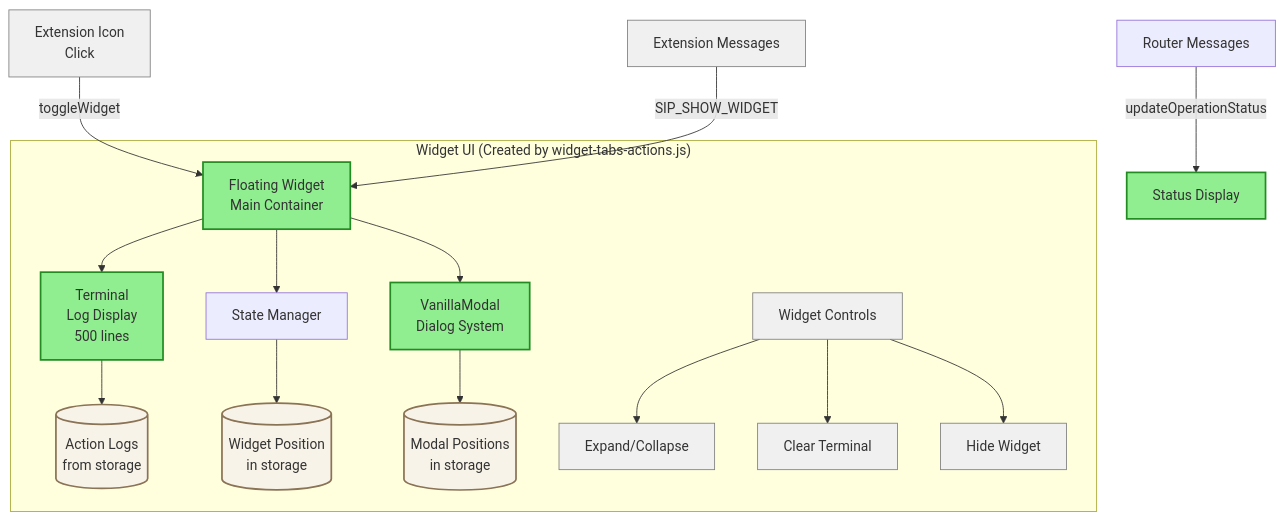
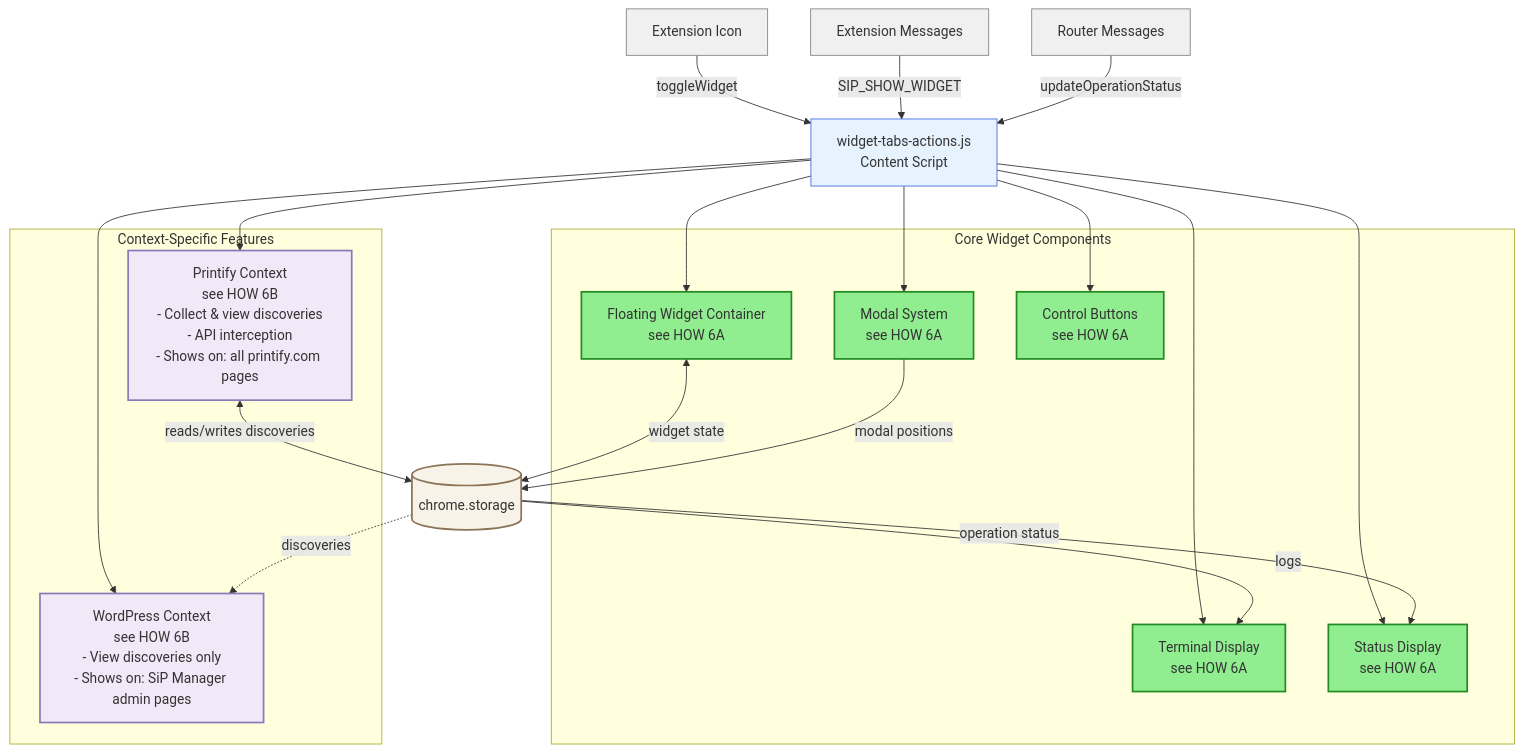
Before and after one commit to tdemelle-SiP/.claude: the fifth of 5 diagrams in guidelines/sip-printify-manager-extension-guidelines-v2.md, drawn with Mermaid. The commit also changed other lines of this file and 1 other file, not shown here.

First line of the commit message:
docs: Update extension guidelines for Discovery Tool changes

````diff
--- a/guidelines/sip-printify-manager-extension-guidelines-v2.md
+++ b/guidelines/sip-printify-manager-extension-guidelines-v2.md
@@ -665,32 +662,53 @@
 ```mermaid
 graph TD
-  subgraph "Widget UI (Created by widget-tabs-actions.js)"
-    FW[Floating Widget<br/>Main Container]
-    FW --> Terminal[Terminal<br/>Log Display<br/>500 lines]
-    FW --> Modal[VanillaModal<br/>Dialog System]
-    FW --> State[State Manager]
-    
-    Terminal --> Logs[(Action Logs<br/>from storage)]
-    State --> Position[(Widget Position<br/>in storage)]
-    Modal --> ModalState[(Modal Positions<br/>in storage)]
-    
-    Controls[Widget Controls]
-    Controls --> Expand[Expand/Collapse]
-    Controls --> Clear[Clear Terminal]
-    Controls --> Hide[Hide Widget]
+  WTA[widget-tabs-actions.js<br/>Content Script]
+  
+  subgraph "Core Widget Components"
+    FW[Floating Widget Container<br/>see HOW 6A]
+    Terminal[Terminal Display<br/>see HOW 6A]
+    Modal[Modal System<br/>see HOW 6A]
+    Controls[Control Buttons<br/>see HOW 6A]
+    Status[Status Display<br/>see HOW 6A]
   end
   
-  ExtIcon[Extension Icon<br/>Click] -->|toggleWidget| FW
-  Messages[Extension Messages] -->|SIP_SHOW_WIDGET| FW
-  Router[Router Messages] -->|updateOperationStatus| StatusDisplay[Status Display]
+  WTA --> FW
+  WTA --> Terminal
+  WTA --> Modal
+  WTA --> Controls
+  WTA --> Status
+  
+  subgraph "Context-Specific Features"
+    WP[WordPress Context<br/>see HOW 6B<br/>- View discoveries only<br/>- Shows on: SiP Manager admin pages]
+    PR[Printify Context<br/>see HOW 6B<br/>- Collect & view discoveries<br/>- API interception<br/>- Shows on: all printify.com pages]
+  end
+  
+  WTA --> WP
+  WTA --> PR
+  
+  Storage[(chrome.storage)]
+  
+  FW <-->|widget state| Storage
+  Storage -->|logs| Terminal
+  Modal -->|modal positions| Storage
+  Storage -->|operation status| Status
+  Storage -.->|discoveries| WP
+  PR <-->|reads/writes discoveries| Storage
+  
+  ExtIcon[Extension Icon] -->|toggleWidget| WTA
+  Messages[Extension Messages] -->|SIP_SHOW_WIDGET| WTA
+  Router[Router Messages] -->|updateOperationStatus| WTA
   
   %% Style definitions
   classDef userFacingStyle fill:#90EE90,stroke:#228B22,stroke-width:2px
   classDef storageStyle fill:#F8F3E8,stroke:#8B7355,stroke-width:2px
   classDef actionStyle fill:#F0F0F0,stroke:#808080,stroke-width:1px
+  classDef scriptStyle fill:#E6F3FF,stroke:#4169E1,stroke-width:1px
+  classDef contextStyle fill:#F3E8F8,stroke:#8B7AB8,stroke-width:2px
   
   %% Apply styles
-  class FW,Terminal,Modal,StatusDisplay userFacingStyle
-  class Logs,Position,ModalState storageStyle
-  class Controls,Expand,Clear,Hide,ExtIcon,Messages actionStyle
+  class WTA scriptStyle
+  class FW,Terminal,Modal,Controls,Status userFacingStyle
+  class Storage storageStyle
+  class ExtIcon,Messages,Router actionStyle
+  class WP,PR contextStyle
 ```
````
